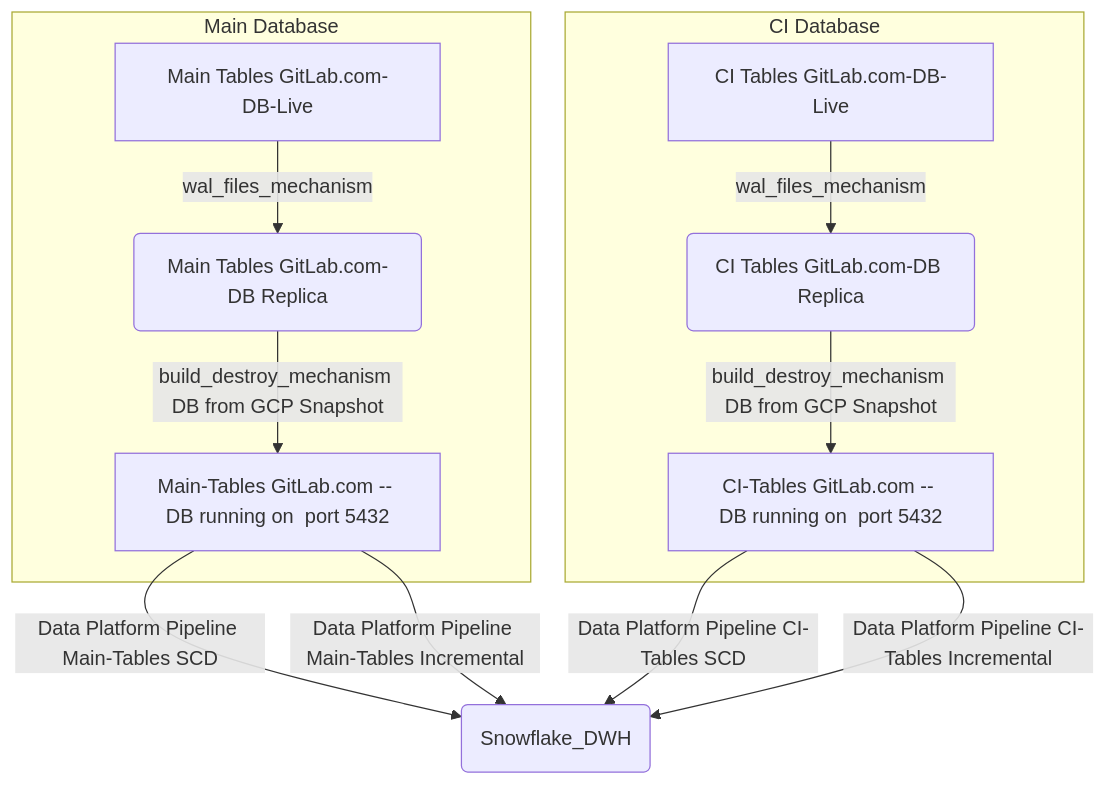
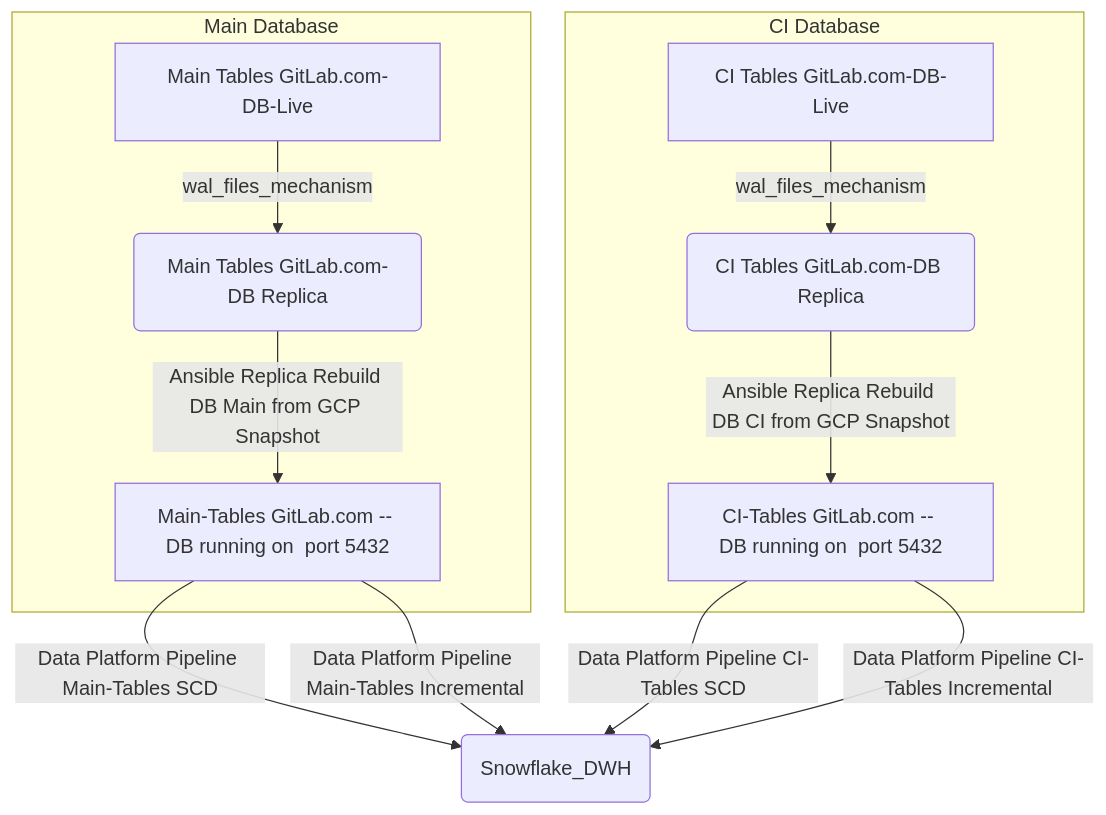
One commit to secretstartups/handbook changed the diagram in business-technology/data-team/platform/pipelines/SAAS-Gitlab-com/index.html.md. Above: the diagram before and after it, drawn with Mermaid. The commit also changed other lines of this file and 2 other files, not shown here.

Commit message:
Update gitlab com SLO

````diff
--- a/business-technology/data-team/platform/pipelines/SAAS-Gitlab-com/index.html.md
+++ b/business-technology/data-team/platform/pipelines/SAAS-Gitlab-com/index.html.md
@@ -61,19 +95,19 @@
 ```mermaid
 graph TD;
 subgraph Main Database
     A[Main Tables GitLab.com-DB-Live] -->|wal_files_mechanism| B(Main Tables GitLab.com-DB Replica) 
-    B --> |build_destroy_mechanism DB from GCP Snapshot | C[Main-Tables GitLab.com -- DB running on  port 5432]
+    B --> | Ansible Replica Rebuild DB Main from GCP Snapshot | C[Main-Tables GitLab.com -- DB running on  port 5432]
   
 end
 
 subgraph CI Database
 F[CI Tables GitLab.com-DB-Live] -->|wal_files_mechanism| G(CI Tables GitLab.com-DB Replica)     
-    G --> |build_destroy_mechanism DB from GCP Snapshot | H[CI-Tables GitLab.com -- DB running on  port 5432]
+    G --> | Ansible Replica Rebuild DB CI from GCP Snapshot | H[CI-Tables GitLab.com -- DB running on  port 5432]
 
 end
 
 C --> | Data Platform Pipeline Main-Tables SCD| E(Snowflake_DWH)
 C --> | Data Platform Pipeline Main-Tables Incremental| E(Snowflake_DWH)
 H --> | Data Platform Pipeline CI-Tables SCD| E(Snowflake_DWH)
 H --> | Data Platform Pipeline CI-Tables Incremental| E(Snowflake_DWH)  
 ```
````
